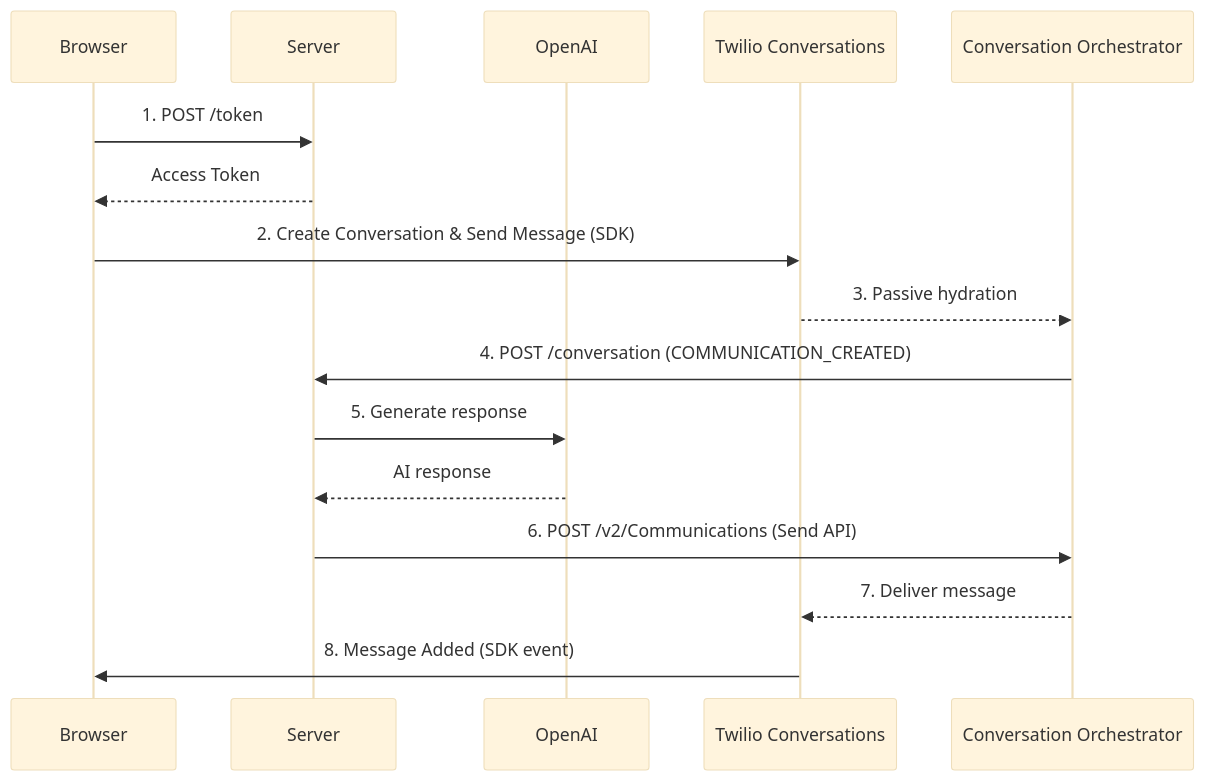
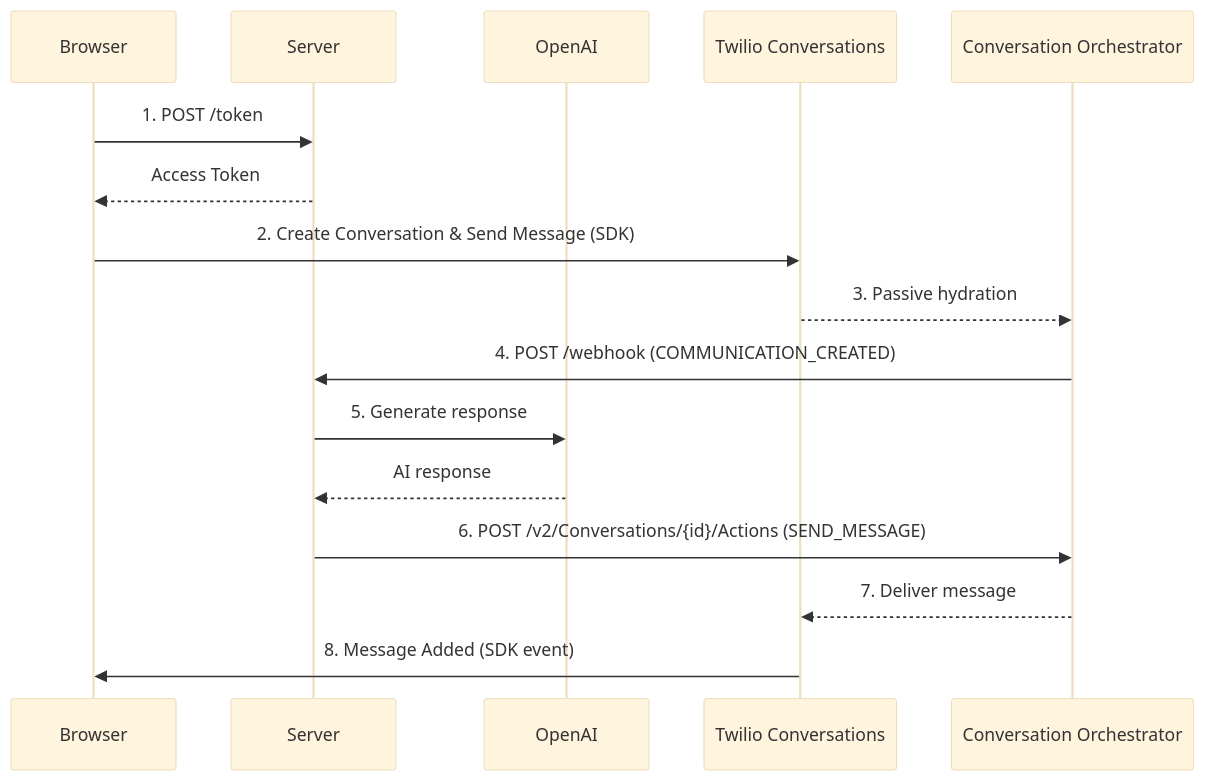
Before and after one commit to twilio/twilio-agent-connect-typescript: the diagram in getting_started/examples/chat/README.md, drawn with Mermaid (base theme). The commit also changed other lines of this file and 19 other files, not shown here.

First line of the commit message:
feat(send)!: Migrate outbound send to Maestro Actions API (#75)

````diff
--- a/getting_started/examples/chat/README.md
+++ b/getting_started/examples/chat/README.md
@@ -55,24 +55,24 @@
 ```mermaid
 sequenceDiagram
     participant Browser
     participant Server
     participant OpenAI
     participant TC as Twilio Conversations
     participant CO as Conversation Orchestrator
 
     Browser->>Server: 1. POST /token
     Server-->>Browser: Access Token
 
     Browser->>TC: 2. Create Conversation & Send Message (SDK)
     TC-->>CO: 3. Passive hydration
 
-    CO->>Server: 4. POST /conversation (COMMUNICATION_CREATED)
+    CO->>Server: 4. POST /webhook (COMMUNICATION_CREATED)
 
     Server->>OpenAI: 5. Generate response
     OpenAI-->>Server: AI response
 
-    Server->>CO: 6. POST /v2/Communications (Send API)
+    Server->>CO: 6. POST /v2/Conversations/{id}/Actions (SEND_MESSAGE)
     CO-->>TC: 7. Deliver message
 
     TC->>Browser: 8. Message Added (SDK event)
 ```
````
